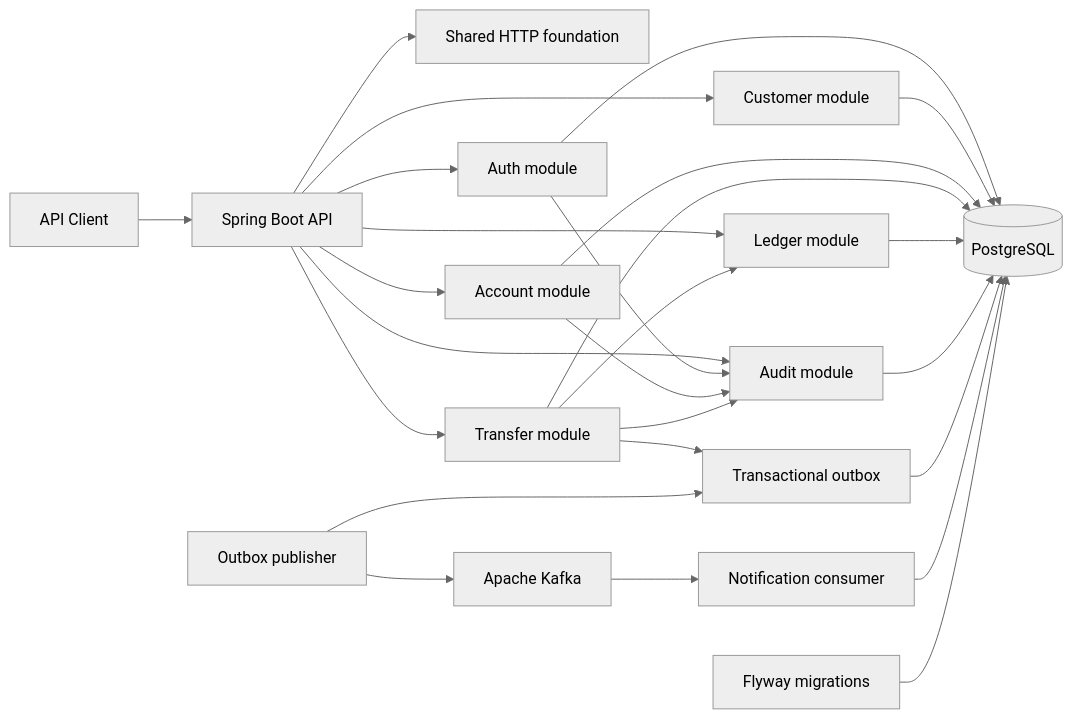
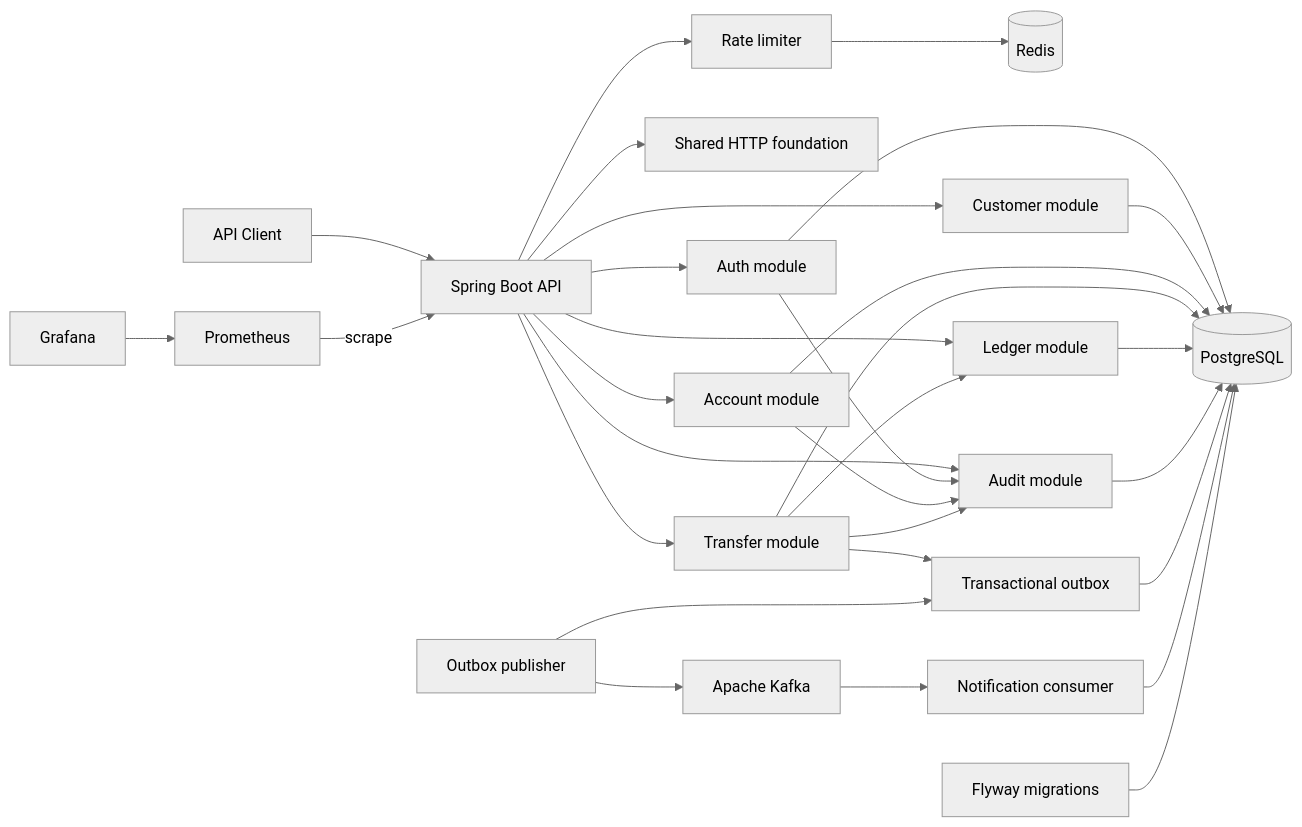
One commit to Singatha/bank-forge changed the first of 4 diagrams in README.md. Above: the diagram before and after it, drawn with Mermaid (neutral theme). The commit also changed other lines of this file and 27 other files, not shown here.

Commit message:
feat(observability): add Redis rate limiting and monitoring stack

````diff
--- a/README.md
+++ b/README.md
@@ -11,28 +11,32 @@
 ```mermaid
 flowchart LR
     Client[API Client] --> API[Spring Boot API]
+    API --> RateLimit[Rate limiter]
+    RateLimit --> Redis[(Redis)]
     API --> Shared[Shared HTTP foundation]
     API --> Auth[Auth module]
     API --> Customer[Customer module]
     API --> Account[Account module]
     API --> Transfer[Transfer module]
     API --> Ledger[Ledger module]
     API --> Audit[Audit module]
     Transfer --> Outbox[Transactional outbox]
     Publisher[Outbox publisher] --> Outbox
     Publisher --> Kafka[Apache Kafka]
     Kafka --> Notification[Notification consumer]
     Transfer --> Ledger
     Auth --> Audit
     Account --> Audit
     Transfer --> Audit
     Auth --> DB[(PostgreSQL)]
     Customer --> DB
     Account --> DB
     Transfer --> DB
     Ledger --> DB
     Audit --> DB
     Outbox --> DB
     Notification --> DB
     Flyway[Flyway migrations] --> DB
+    Prometheus[Prometheus] -->|scrape| API
+    Grafana[Grafana] --> Prometheus
 ```
````
